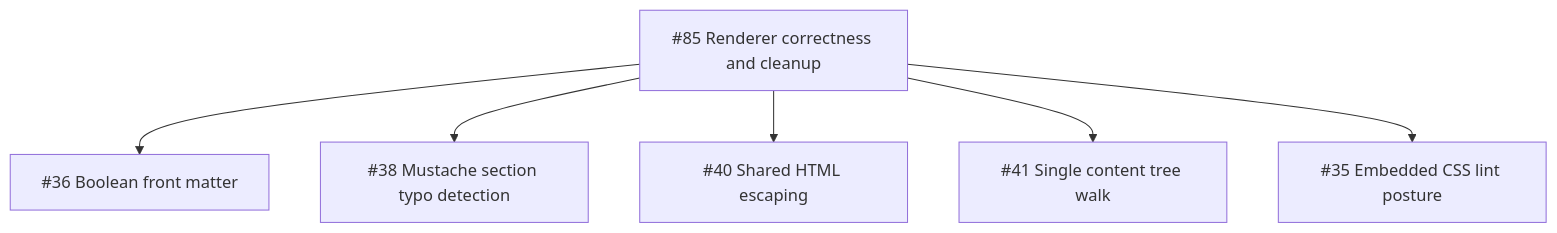
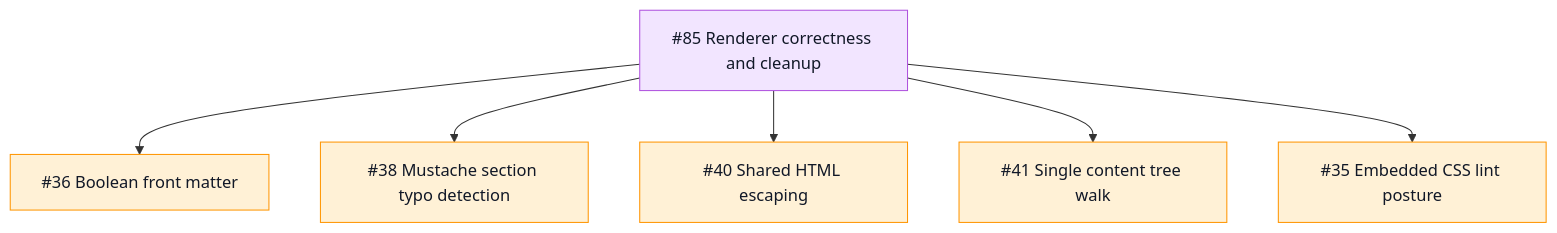
The eighth of 9 diagrams in README.md (TileDown/tile-down), drawn with Mermaid before and after one commit. The commit also changed other lines of this file, not shown here.

Commit message:
docs(readme): color code roadmap status

````diff
--- a/README.md
+++ b/README.md
@@ -106,9 +154,12 @@
 ```mermaid
 flowchart TD
-  Epic["#85 Renderer correctness and cleanup"]
-  Epic --> BooleanFM["#36 Boolean front matter"]
-  Epic --> Mustache["#38 Mustache section typo detection"]
-  Epic --> Escaping["#40 Shared HTML escaping"]
-  Epic --> ContentWalk["#41 Single content tree walk"]
-  Epic --> CSSLint["#35 Embedded CSS lint posture"]
+  Epic["#85 Renderer correctness and cleanup"]:::epic
+  Epic --> BooleanFM["#36 Boolean front matter"]:::todo
+  Epic --> Mustache["#38 Mustache section typo detection"]:::todo
+  Epic --> Escaping["#40 Shared HTML escaping"]:::todo
+  Epic --> ContentWalk["#41 Single content tree walk"]:::todo
+  Epic --> CSSLint["#35 Embedded CSS lint posture"]:::todo
+
+  classDef epic fill:#f2e5ff,stroke:#af52de,color:#111827
+  classDef todo fill:#fff1d6,stroke:#ff9500,color:#111827
 ```
````
